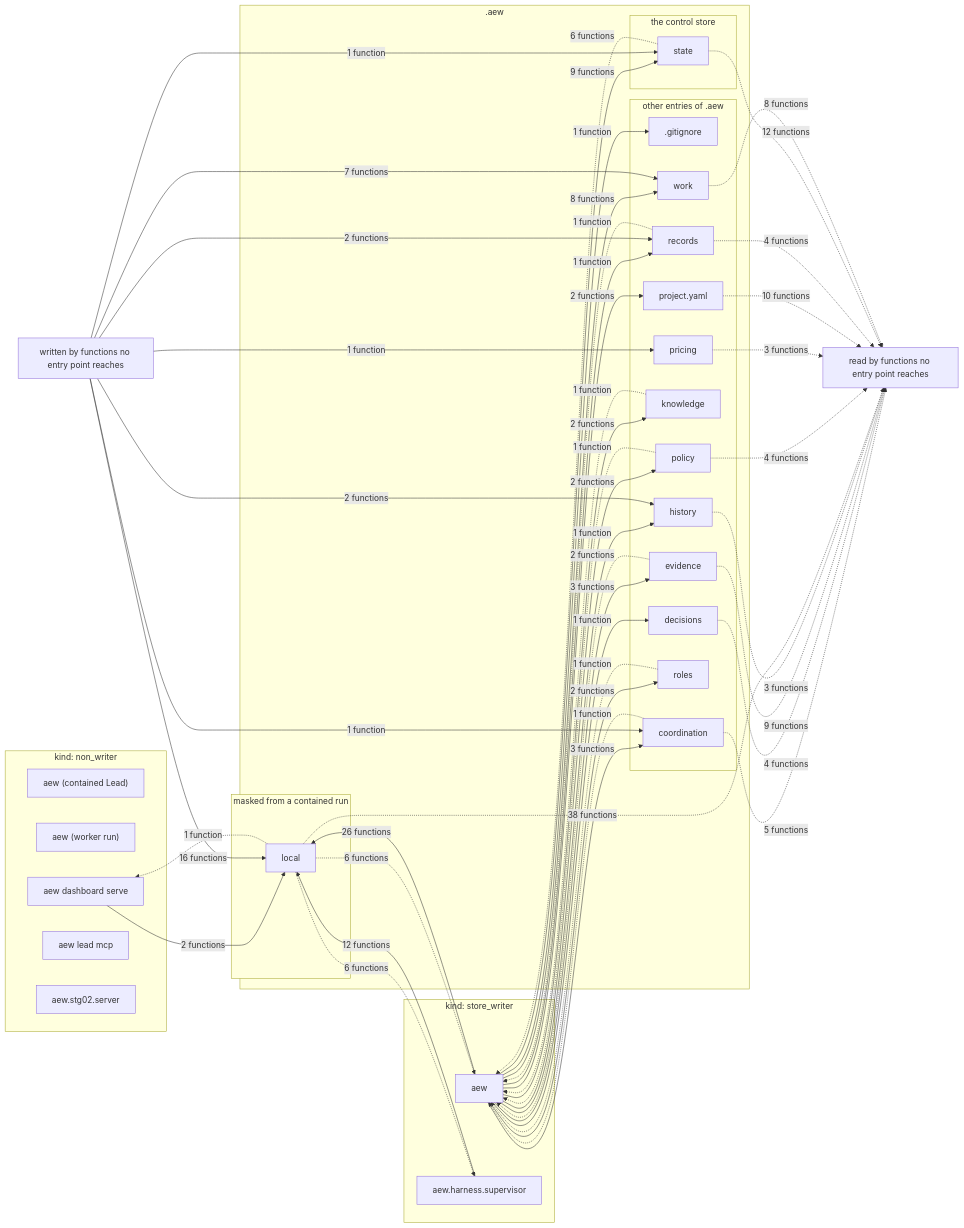
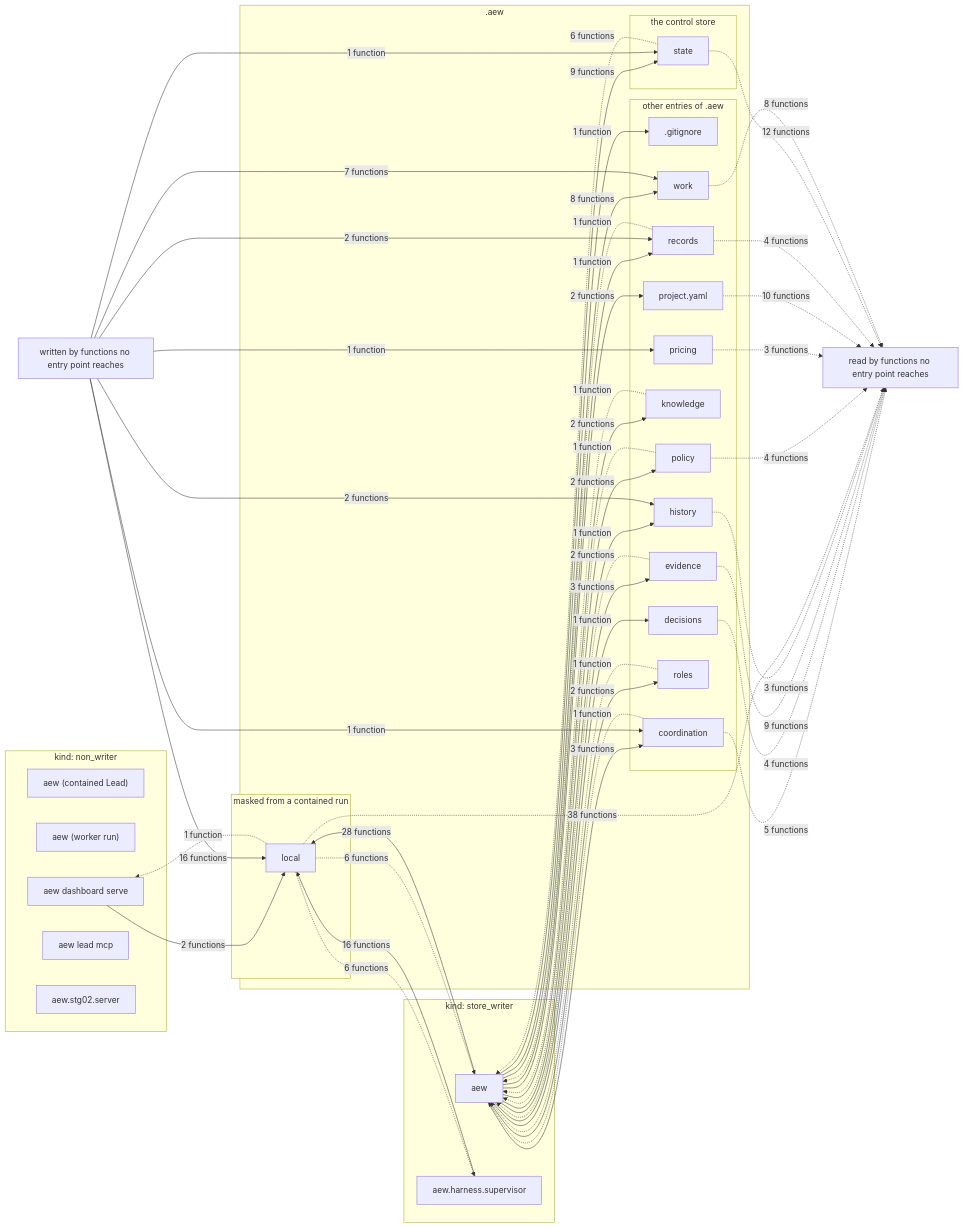
Before and after one commit to JonSmithTLT/Agentic-Engineering-Workflow: the diagram in docs/reference/data-flow.md, drawn with Mermaid. The commit also changed other lines of this file and 30 other files, not shown here.

````diff
--- a/docs/reference/data-flow.md
+++ b/docs/reference/data-flow.md
@@ -5,81 +5,81 @@
 ```mermaid
 flowchart LR
     subgraph kind_non_writer["kind: non_writer"]
         proc_aew_contained_lead["aew (contained Lead)"]
         proc_aew_worker_run["aew (worker run)"]
         proc_aew_dashboard_serve["aew dashboard serve"]
         proc_aew_lead_mcp["aew lead mcp"]
         proc_aew_stg02_server["aew.stg02.server"]
     end
     subgraph kind_store_writer["kind: store_writer"]
         proc_aew["aew"]
         proc_aew_harness_supervisor["aew.harness.supervisor"]
     end
     subgraph aew_dir[".aew"]
         subgraph group_store["the control store"]
             path_state["state"]
         end
         subgraph group_masked["masked from a contained run"]
             path_local["local"]
         end
         subgraph group_other["other entries of .aew"]
             path_gitignore[".gitignore"]
             path_coordination["coordination"]
             path_decisions["decisions"]
             path_evidence["evidence"]
             path_history["history"]
             path_knowledge["knowledge"]
             path_policy["policy"]
             path_pricing["pricing"]
             path_project_yaml["project.yaml"]
             path_records["records"]
             path_roles["roles"]
             path_work["work"]
         end
     end
     no_writer["written by functions no entry point reaches"]
     no_reader["read by functions no entry point reaches"]
     proc_aew -->|"1 function"| path_gitignore
     proc_aew -->|"3 functions"| path_coordination
     proc_aew -->|"1 function"| path_decisions
     proc_aew -->|"3 functions"| path_evidence
     proc_aew -->|"1 function"| path_history
     proc_aew -->|"2 functions"| path_knowledge
-    proc_aew -->|"26 functions"| path_local
+    proc_aew -->|"28 functions"| path_local
     proc_aew -->|"2 functions"| path_policy
     proc_aew -->|"2 functions"| path_project_yaml
     proc_aew -->|"1 function"| path_records
     proc_aew -->|"2 functions"| path_roles
     proc_aew -->|"9 functions"| path_state
     proc_aew -->|"8 functions"| path_work
     proc_aew_dashboard_serve -->|"2 functions"| path_local
-    proc_aew_harness_supervisor -->|"12 functions"| path_local
+    proc_aew_harness_supervisor -->|"16 functions"| path_local
     no_writer -->|"1 function"| path_coordination
     no_writer -->|"2 functions"| path_history
     no_writer -->|"16 functions"| path_local
     no_writer -->|"1 function"| path_pricing
     no_writer -->|"2 functions"| path_records
     no_writer -->|"1 function"| path_state
     no_writer -->|"7 functions"| path_work
     path_coordination -.->|"1 function"| proc_aew
     path_evidence -.->|"2 functions"| proc_aew
     path_knowledge -.->|"1 function"| proc_aew
     path_local -.->|"6 functions"| proc_aew
     path_policy -.->|"1 function"| proc_aew
     path_records -.->|"1 function"| proc_aew
     path_roles -.->|"1 function"| proc_aew
     path_state -.->|"6 functions"| proc_aew
     path_local -.->|"1 function"| proc_aew_dashboard_serve
     path_local -.->|"6 functions"| proc_aew_harness_supervisor
     path_coordination -.->|"5 functions"| no_reader
     path_decisions -.->|"4 functions"| no_reader
     path_evidence -.->|"9 functions"| no_reader
     path_history -.->|"3 functions"| no_reader
     path_local -.->|"38 functions"| no_reader
     path_policy -.->|"4 functions"| no_reader
     path_pricing -.->|"3 functions"| no_reader
     path_project_yaml -.->|"10 functions"| no_reader
     path_records -.->|"4 functions"| no_reader
     path_state -.->|"12 functions"| no_reader
     path_work -.->|"8 functions"| no_reader
 ```
````
